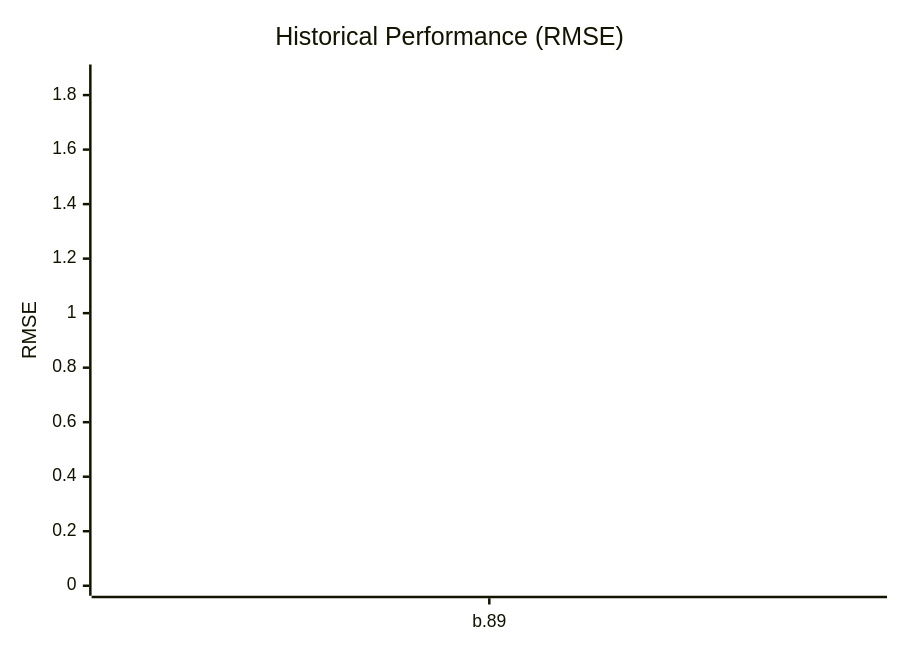
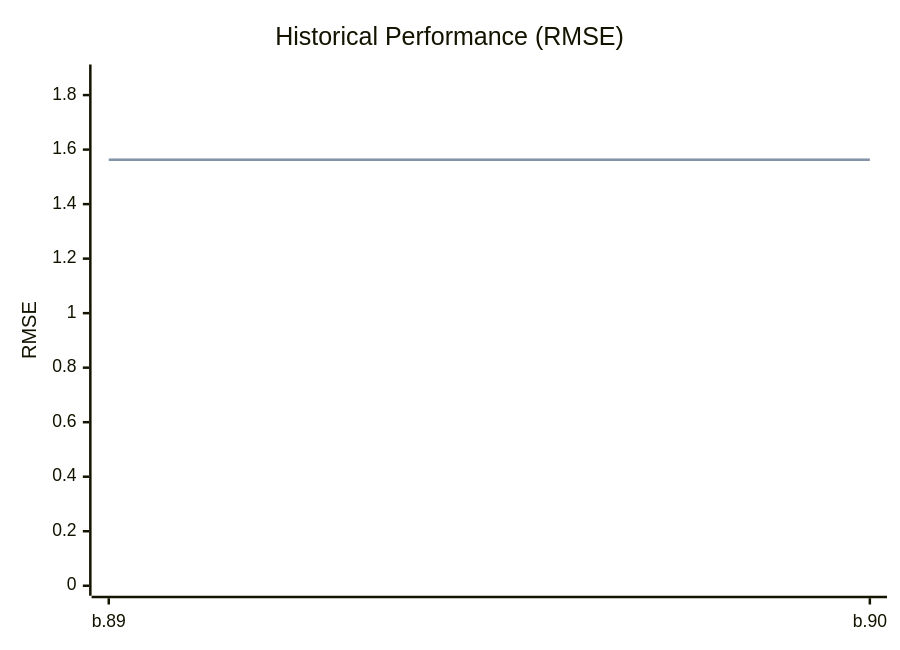
Before and after one commit to timo-eberl/tracy: the first of 2 diagrams in README.md, drawn with Mermaid. The commit also changed other lines of this file and 4 other files, not shown here.

````diff
--- a/README.md
+++ b/README.md
@@ -11,8 +11,8 @@
 ```mermaid
 xychart-beta
     title "Historical Performance (RMSE)"
-    x-axis ["b.89"]
+    x-axis ["b.89", "b.90"]
     y-axis "RMSE" 0 --> 1.8755
-    line [1.5629]
-    line [1.5629]
+    line [1.5629, 1.5629]
+    line [1.5629, 1.5629]
 ```
````
